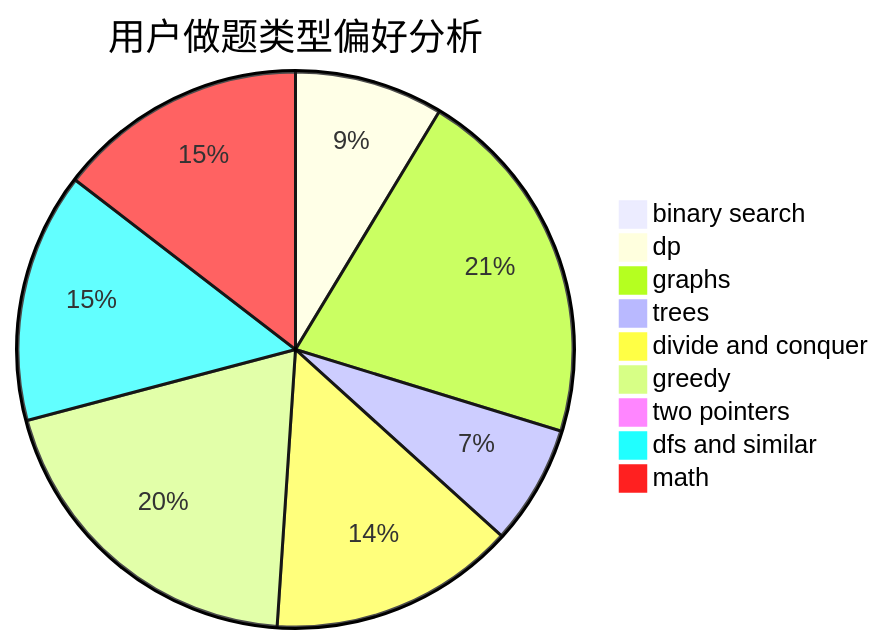
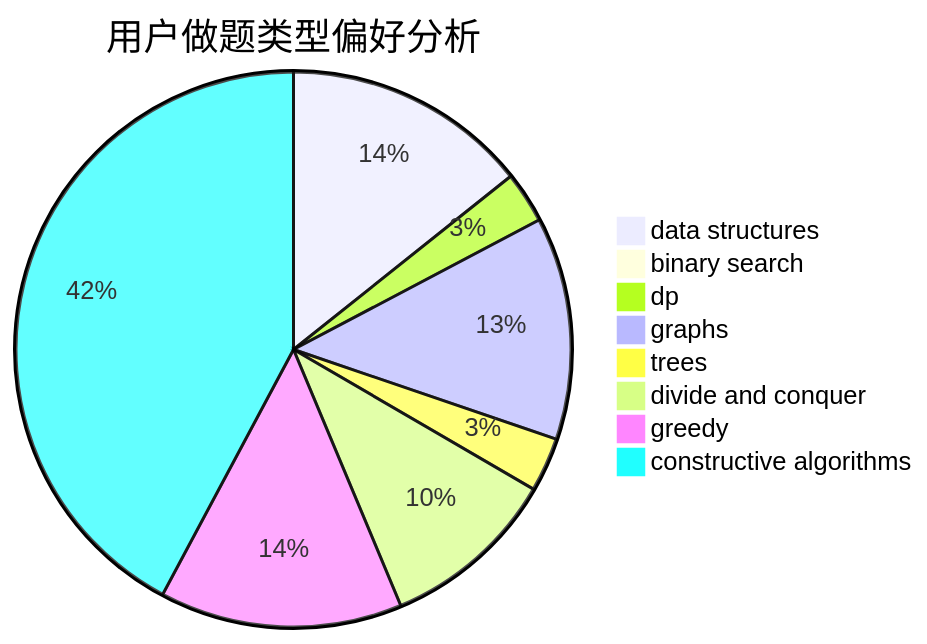
Before and after one commit to sherpahu/cfrs.github.io: the second of 3 diagrams in docs/user/u2047.md, drawn with Mermaid. The commit also changed other lines of this file and 2775 other files, not shown here.

````diff
--- a/docs/user/u2047.md
+++ b/docs/user/u2047.md
@@ -23,12 +23,11 @@
 ```mermaid
 pie title 用户做题类型偏好分析
-    "binary search" :  1
-    "dp" :  41
-    "graphs" :  100
-    "trees" :  33
-    "divide and conquer" :  68
-    "greedy" :  94
-    "two pointers" :  0
-    "dfs and similar" :  69
-    "math" :  69
+    "data structures" :  86
+    "binary search" :  0
+    "dp" :  18
+    "graphs" :  78
+    "trees" :  19
+    "divide and conquer" :  62
+    "greedy" :  85
+    "constructive algorithms" :  254
 ```
````
